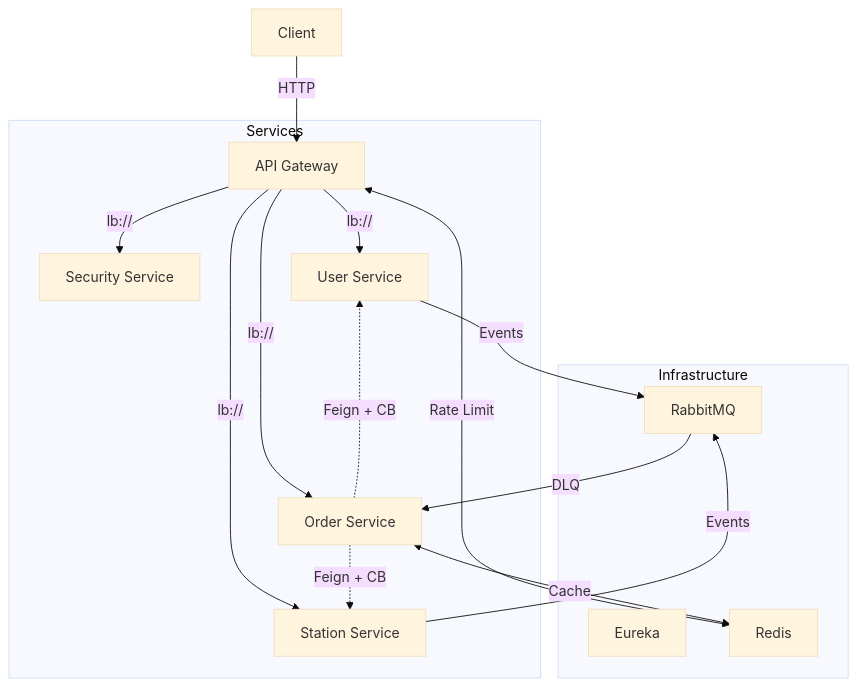
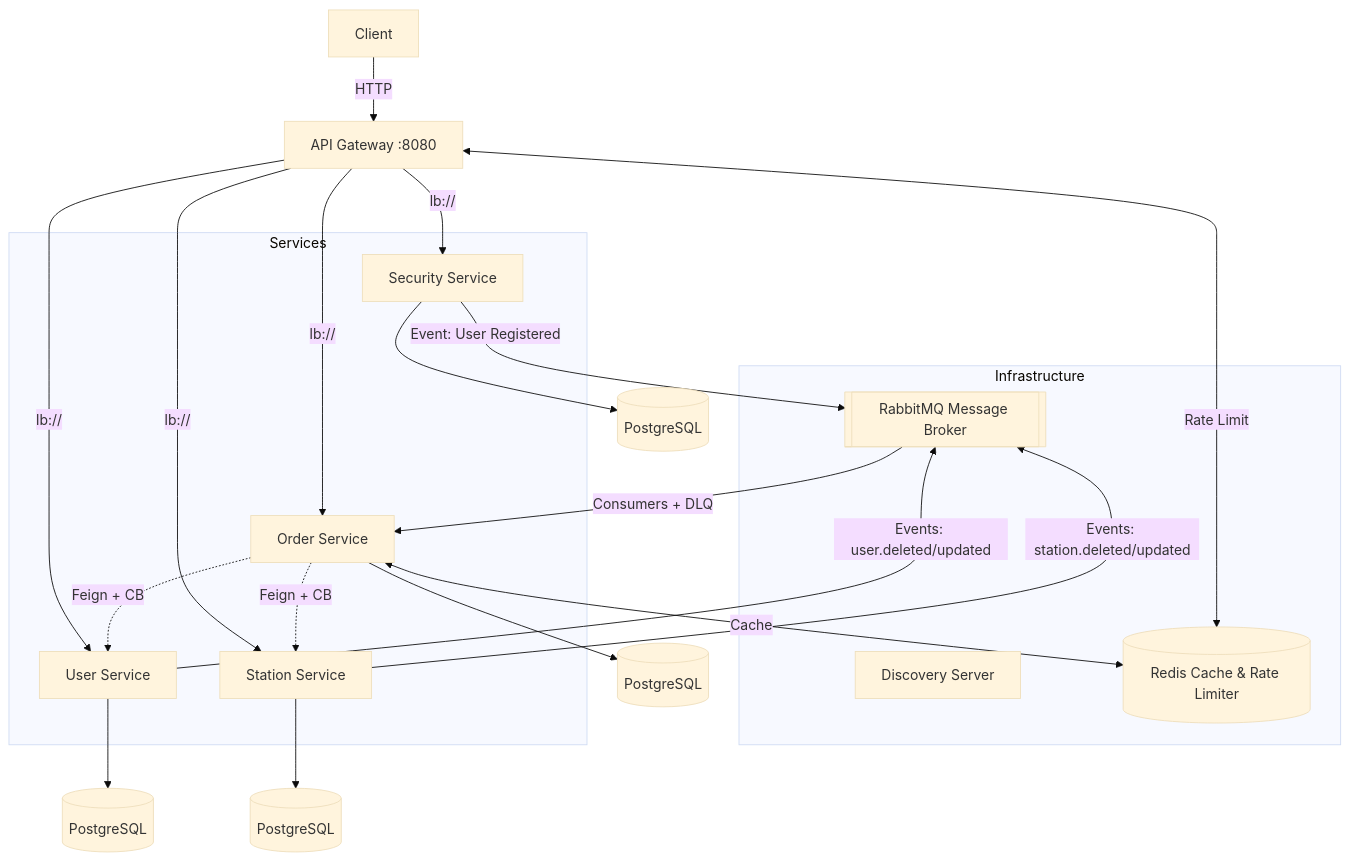
Before and after one commit to Nikitos33-l/kursachik: the diagram in README.md, drawn with Mermaid (base theme).

````diff
--- a/README.md
+++ b/README.md
@@ -3,26 +3,37 @@
 ```mermaid
 graph TD
-    Client[Client] -->|HTTP| Gateway[API Gateway]
+    Client[Client] -->|HTTP| Gateway[API Gateway :8080]
     
     subgraph Infrastructure
-        Eureka[Eureka]
-        Redis[Redis]
-        RabbitMQ[RabbitMQ]
+        Eureka[Discovery Server]
+        Redis[(Redis Cache & Rate Limiter)]
+        RabbitMQ[[RabbitMQ Message Broker]]
     end
 
     subgraph Services
-        Gateway -->|lb://| Security[Security Service]
-        Gateway -->|lb://| User[User Service]
-        Gateway -->|lb://| Order[Order Service]
-        Gateway -->|lb://| Station[Station Service]
+        Security[Security Service]
+        User[User Service]
+        Order[Order Service]
+        Station[Station Service]
     end
+
+    Security --> DB1[(PostgreSQL)]
+    User --> DB2[(PostgreSQL)]
+    Order --> DB3[(PostgreSQL)]
+    Station --> DB4[(PostgreSQL)]
+
+    Gateway -->|lb://| Security
+    Gateway -->|lb://| User
+    Gateway -->|lb://| Order
+    Gateway -->|lb://| Station
 
     Gateway <-->|Rate Limit| Redis
     Order -.->|Feign + CB| User
     Order -.->|Feign + CB| Station
     Order <-->|Cache| Redis
     
-    User -->|Events| RabbitMQ
-    Station -->|Events| RabbitMQ
-    RabbitMQ -->|DLQ| Order
+    Security -->|Event: User Registered| RabbitMQ
+    User -->|Events: user.deleted/updated| RabbitMQ
+    Station -->|Events: station.deleted/updated| RabbitMQ
+    RabbitMQ -->|Consumers + DLQ| Order
 ```
````
